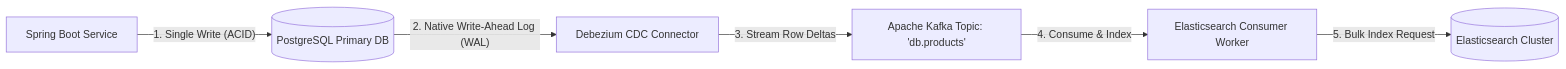
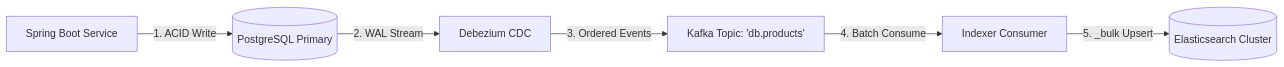
The fifth of 5 diagrams in content/roadmap/level-7/full-text-search-with-elasticsearch.md (ravishankar2463/java_hub), drawn with Mermaid before and after one commit. The commit also changed other lines of this file and 119 other files, not shown here.

Commit message:
feat: add comprehensive java learning roadmap content across multiple levels

````diff
--- a/content/roadmap/level-7/full-text-search-with-elasticsearch.md
+++ b/content/roadmap/level-7/full-text-search-with-elasticsearch.md
@@ -395,8 +595,8 @@
 ```mermaid
 flowchart LR
-    App["Spring Boot Service"] -->|"1. Single Write (ACID)"| Postgres[(PostgreSQL Primary DB)]
-    Postgres -->|"2. Native Write-Ahead Log (WAL)"| Debezium["Debezium CDC Connector"]
-    Debezium -->|"3. Stream Row Deltas"| Kafka["Apache Kafka Topic: 'db.products'"]
-    Kafka -->|"4. Consume & Index"| Indexer["Elasticsearch Consumer Worker"]
-    Indexer -->|"5. Bulk Index Request"| ES[("Elasticsearch Cluster")]
+    App["Spring Boot Service"] -->|"1. ACID Write"| Postgres[("PostgreSQL Primary")]
+    Postgres -->|"2. WAL Stream"| Debezium["Debezium CDC"]
+    Debezium -->|"3. Ordered Events"| Kafka["Kafka Topic: 'db.products'"]
+    Kafka -->|"4. Batch Consume"| Worker["Indexer Consumer"]
+    Worker -->|"5. _bulk Upsert"| ES[("Elasticsearch Cluster")]
 ```
````
